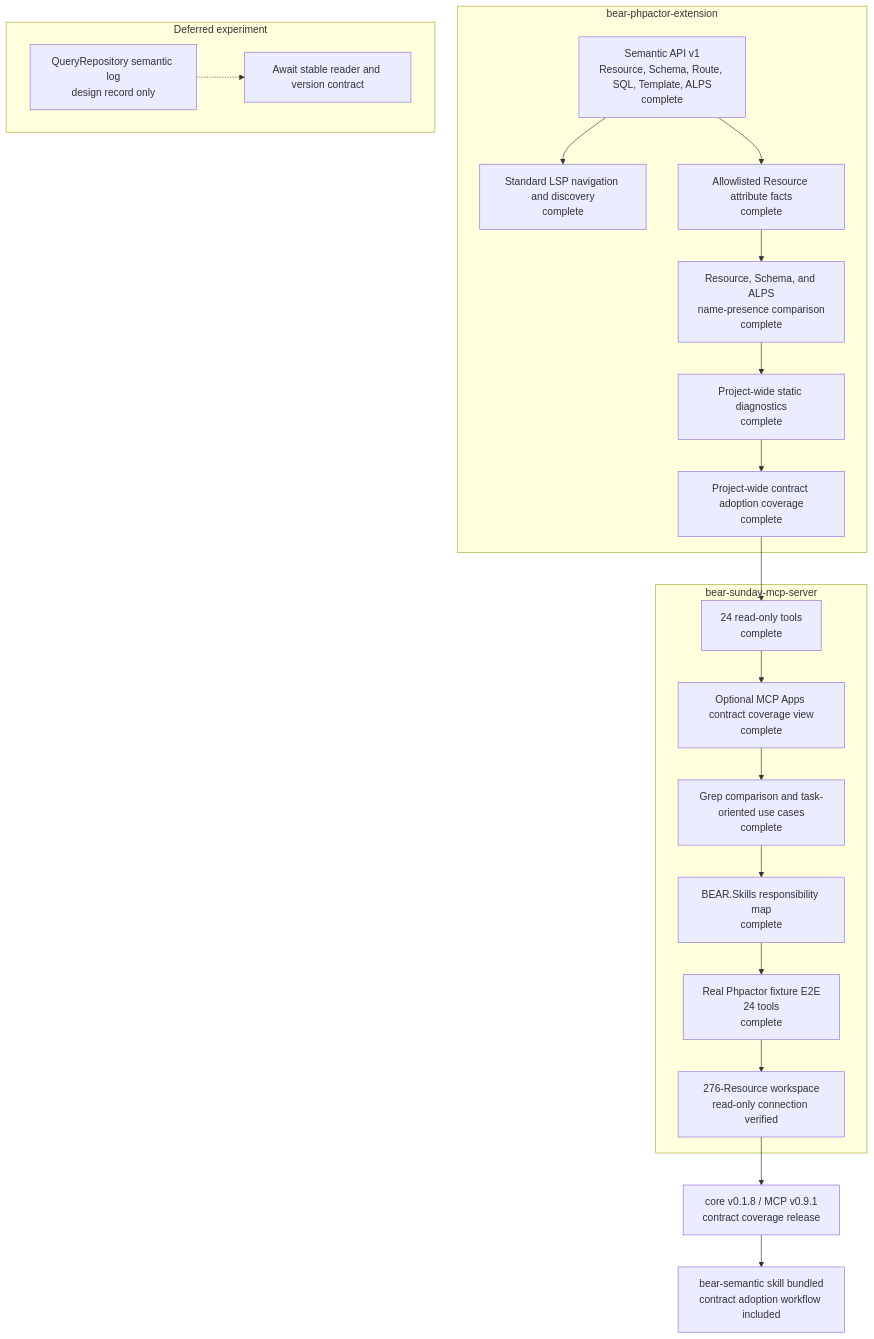
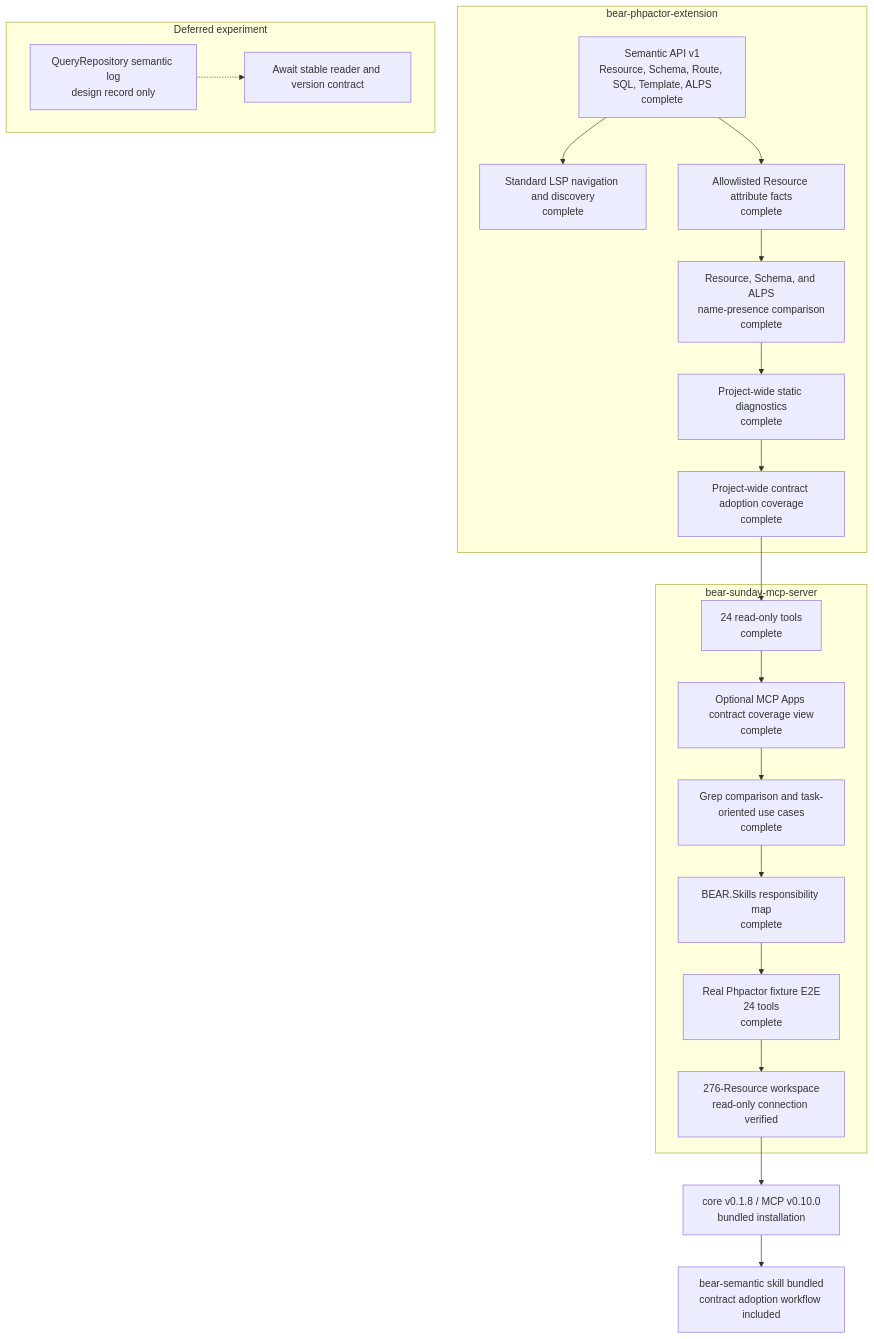
Before and after one commit to suzumaze/bear-sunday-mcp-server: the diagram in docs/project-status.md, drawn with Mermaid. The commit also changed other lines of this file and 13 other files, not shown here.

````diff
--- a/docs/project-status.md
+++ b/docs/project-status.md
@@ -9,34 +9,34 @@
 ```mermaid
 flowchart TB
     subgraph Core["bear-phpactor-extension"]
         C1["Semantic API v1<br/>Resource, Schema, Route, SQL, Template, ALPS<br/>complete"]
         C2["Standard LSP navigation and discovery<br/>complete"]
         C3["Allowlisted Resource attribute facts<br/>complete"]
         C4["Resource, Schema, and ALPS<br/>name-presence comparison<br/>complete"]
         C5["Project-wide static diagnostics<br/>complete"]
         C6["Project-wide contract adoption coverage<br/>complete"]
         C1 --> C2
         C1 --> C3 --> C4 --> C5 --> C6
     end
 
     subgraph MCP["bear-sunday-mcp-server"]
         M1["24 read-only tools<br/>complete"]
         M0["Optional MCP Apps contract coverage view<br/>complete"]
         M2["Grep comparison and task-oriented use cases<br/>complete"]
         M3["BEAR.Skills responsibility map<br/>complete"]
         M4["Real Phpactor fixture E2E<br/>24 tools<br/>complete"]
         M5["276-Resource workspace<br/>read-only connection verified"]
         M1 --> M0 --> M2 --> M3 --> M4 --> M5
     end
 
     C6 --> M1
 
     subgraph Deferred["Deferred experiment"]
         D1["QueryRepository semantic log<br/>design record only"]
         D2["Await stable reader and version contract"]
         D1 -.-> D2
     end
 
-    M5 --> R1["core v0.1.8 / MCP v0.9.1<br/>contract coverage release"]
+    M5 --> R1["core v0.1.8 / MCP v0.10.0<br/>bundled installation"]
     R1 --> S1["bear-semantic skill bundled<br/>contract adoption workflow included"]
 ```
````
